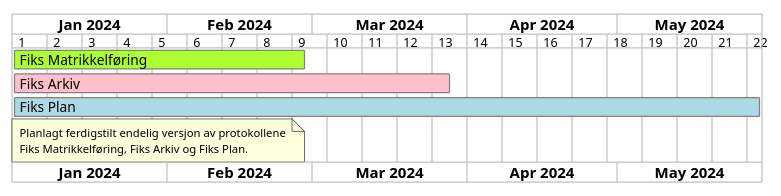
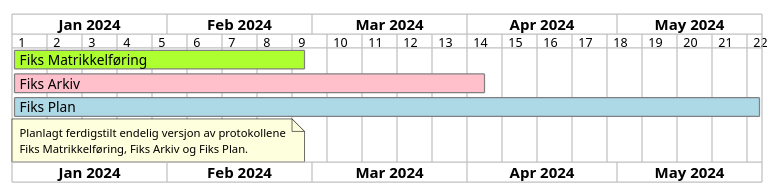
The diagram in content/Tjenester/fiksprotokoll/charts/fiks-protokoller-gantt.puml (ks-no/ks-no.github.io), drawn with PlantUML before and after one commit. The commit also changed 1 other file, not shown here.

Commit message:
Korrigert til 4. april for Fiks Arkiv

```diff
--- a/content/Tjenester/fiksprotokoll/charts/fiks-protokoller-gantt.puml
+++ b/content/Tjenester/fiksprotokoll/charts/fiks-protokoller-gantt.puml
@@ -1,18 +1,18 @@
 @startgantt
 Projectscale weekly
 Project starts 2024-01-01
 
 [Fiks Matrikkelføring] starts 2024-01-01
 [Fiks Matrikkelføring] ends 2024-02-28
 [Fiks Arkiv] starts 2024-01-01
-[Fiks Arkiv] ends 2024-03-28
+[Fiks Arkiv] ends 2024-04-04
 [Fiks Plan] starts 2024-01-01
 [Fiks Plan] ends 2024-05-29
 note bottom
   Planlagt ferdigstilt endelig versjon av protokollene
   Fiks Matrikkelføring, Fiks Arkiv og Fiks Plan.
 end note
 [Fiks Matrikkelføring] is colored in GreenYellow/Grey
 [Fiks Arkiv] is colored in Pink/Grey
 [Fiks Plan] is colored in LightBlue/Grey
 @endgantt
```
